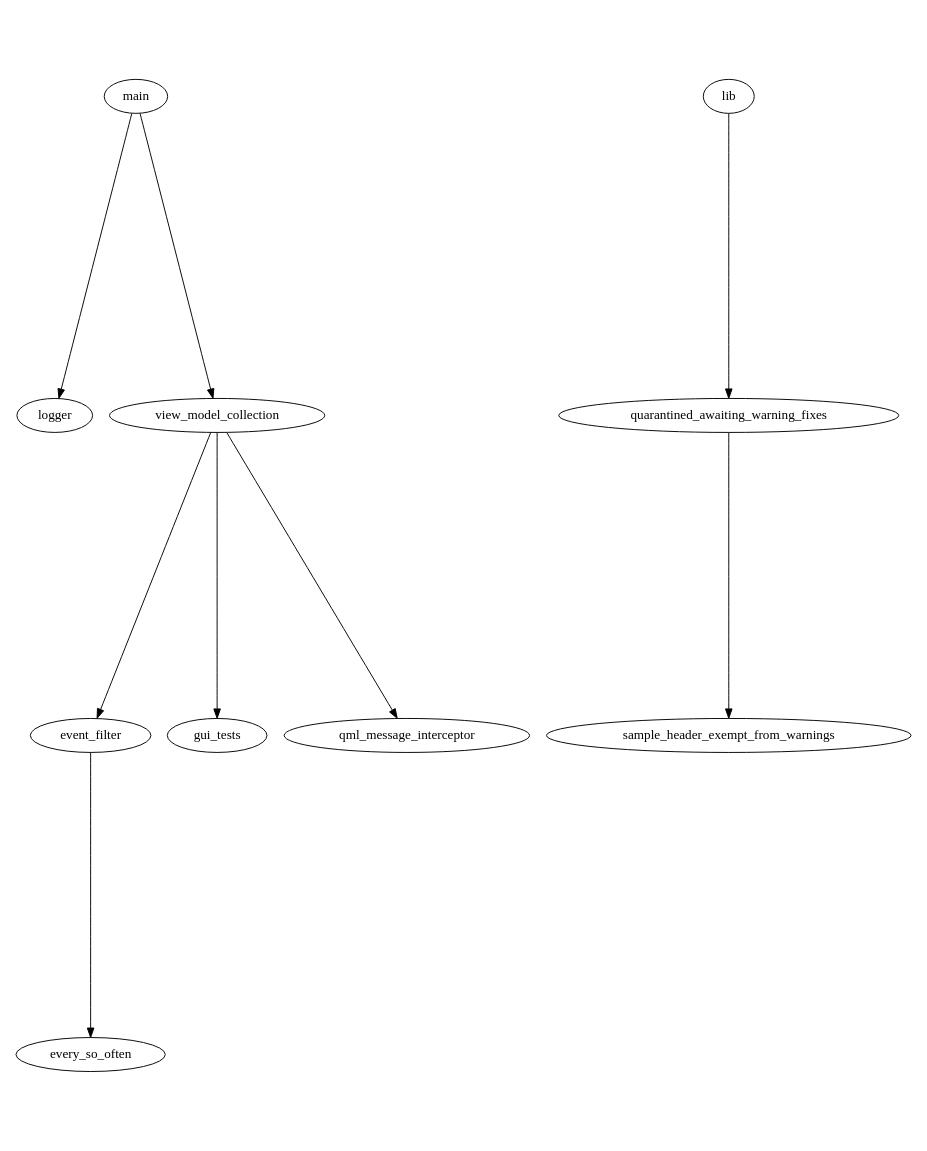
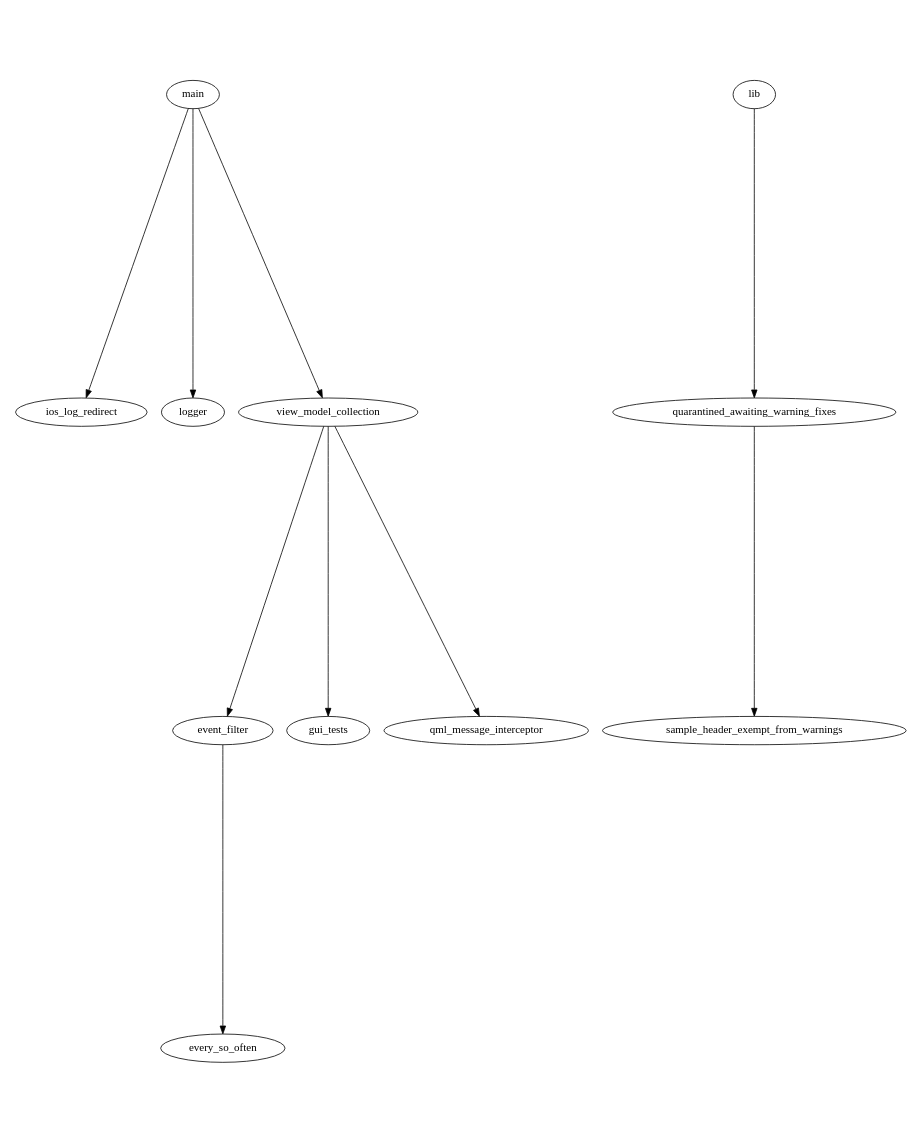
Before and after one commit to 219-design/qt-qml-project-template-with-ci: the diagram in sw_arch_doc/all_src.dot, drawn with Graphviz. The commit also changed 6 other files, not shown here.

```diff
--- a/sw_arch_doc/all_src.dot
+++ b/sw_arch_doc/all_src.dot
@@ -1,16 +1,17 @@
 digraph "source tree" {
     overlap=scale;
     size="8,10";
     ratio="fill";
     fontsize="16";
     fontname="Helvetica";
 	clusterrank="local";
 	"event_filter" -> "every_so_often"
 	"lib" -> "quarantined_awaiting_warning_fixes"
+	"main" -> "ios_log_redirect"
 	"main" -> "logger"
 	"main" -> "view_model_collection"
 	"quarantined_awaiting_warning_fixes" -> "sample_header_exempt_from_warnings"
 	"view_model_collection" -> "event_filter"
 	"view_model_collection" -> "gui_tests"
 	"view_model_collection" -> "qml_message_interceptor"
 }
```
